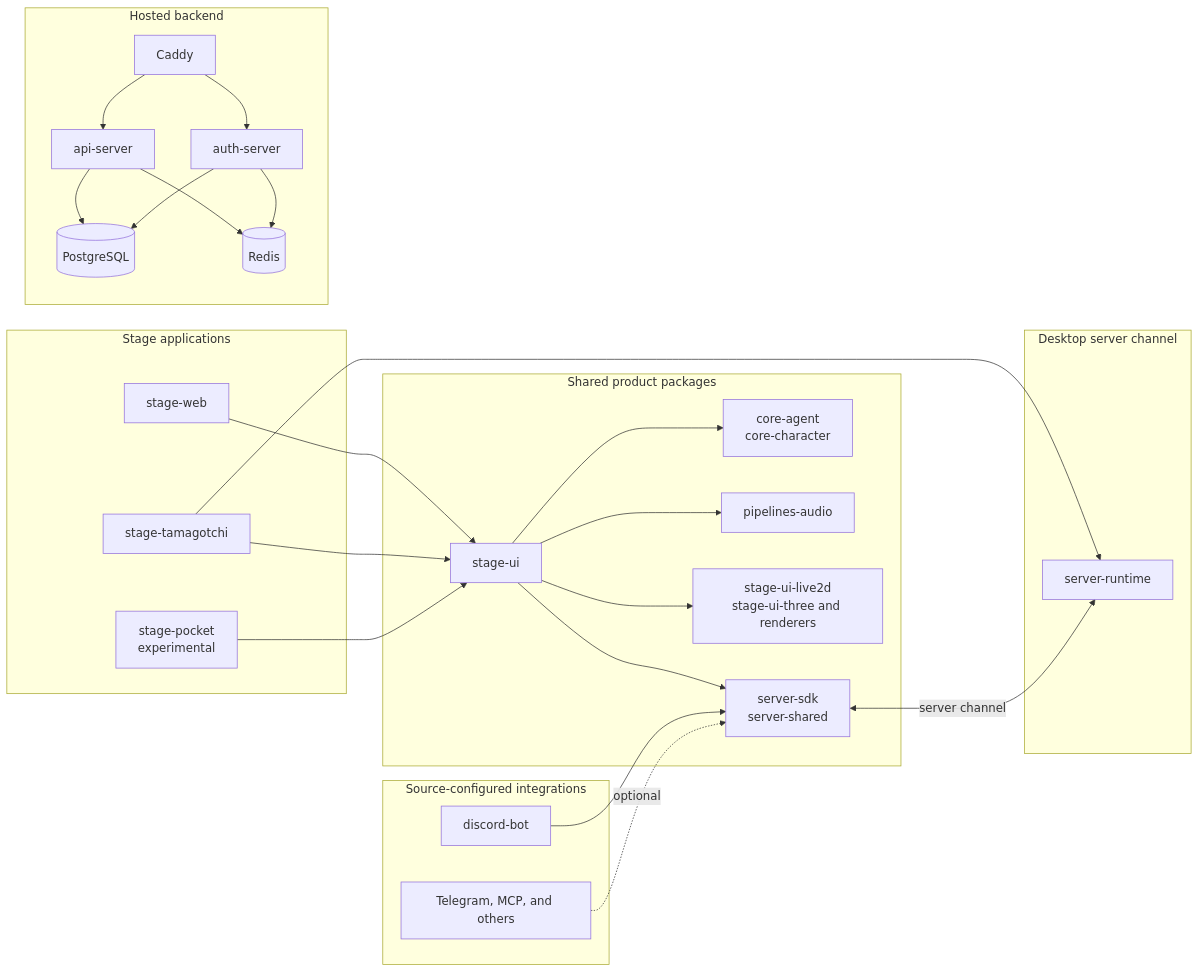
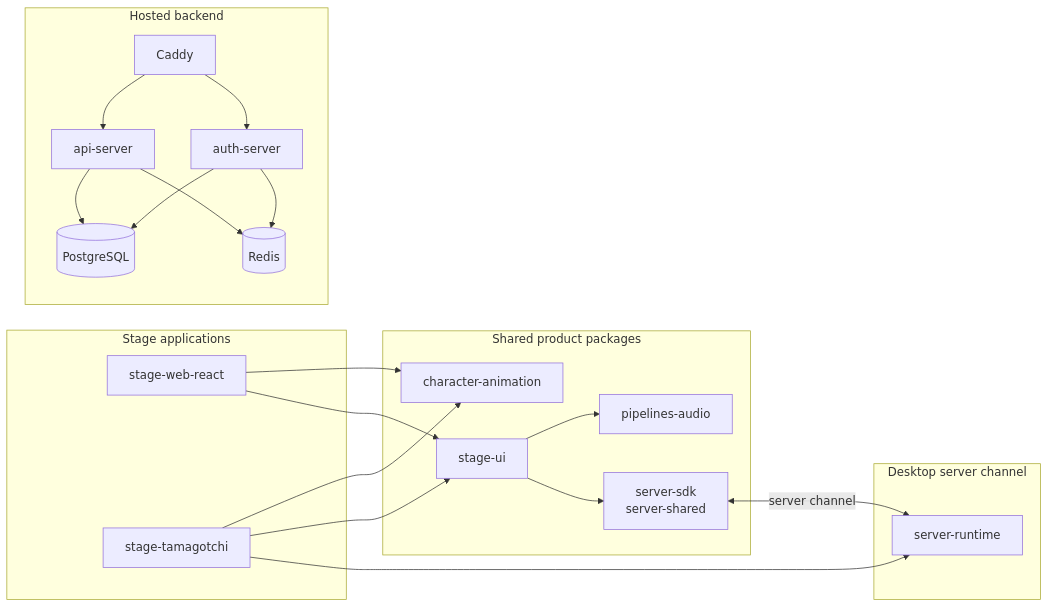
One commit to kallen-noelle/AIPets changed the diagram in README.md. Above: the diagram before and after it, drawn with Mermaid. The commit also changed other lines of this file and 174 other files, not shown here.

````diff
--- a/README.md
+++ b/README.md
@@ -400,51 +70,41 @@
 ```mermaid
 flowchart LR
   subgraph Apps[Stage applications]
-    Web[stage-web]
+    Web[stage-web-react]
     Desktop[stage-tamagotchi]
-    Pocket[stage-pocket\nexperimental]
   end
 
   subgraph Shared[Shared product packages]
+    Animation[character-animation]
     StageUI[stage-ui]
-    Domain[core-agent\ncore-character]
     Audio[pipelines-audio]
-    Renderers[stage-ui-live2d\nstage-ui-three and renderers]
     SDK[server-sdk\nserver-shared]
   end
 
   subgraph Channel[Desktop server channel]
     Runtime[server-runtime]
-  end
-
-  subgraph Integrations[Source-configured integrations]
-    Discord[discord-bot]
-    Other[Telegram, MCP, and others]
   end
 
   subgraph Hosted[Hosted backend]
     Edge[Caddy]
     API[api-server]
     Auth[auth-server]
     Database[(PostgreSQL)]
     Cache[(Redis)]
   end
 
+  Web --> Animation
   Web --> StageUI
+  Desktop --> Animation
   Desktop --> StageUI
-  Pocket --> StageUI
-  StageUI --> Domain
   StageUI --> Audio
-  StageUI --> Renderers
   StageUI --> SDK
   Desktop --> Runtime
   SDK <-->|server channel| Runtime
-  Discord --> SDK
-  Other -. optional .-> SDK
   Edge --> API
   Edge --> Auth
   API --> Database
   API --> Cache
   Auth --> Database
   Auth --> Cache
 ```
````
